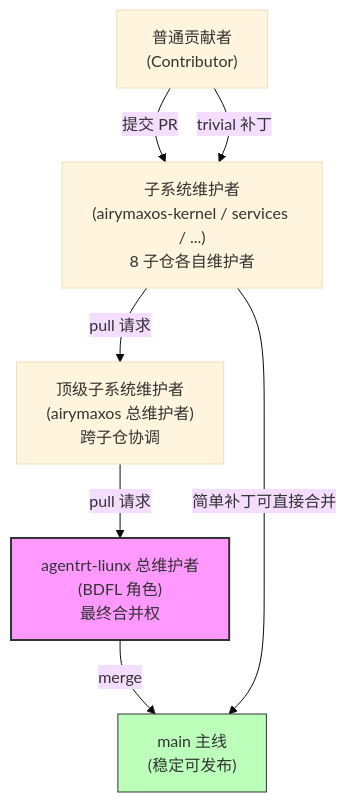
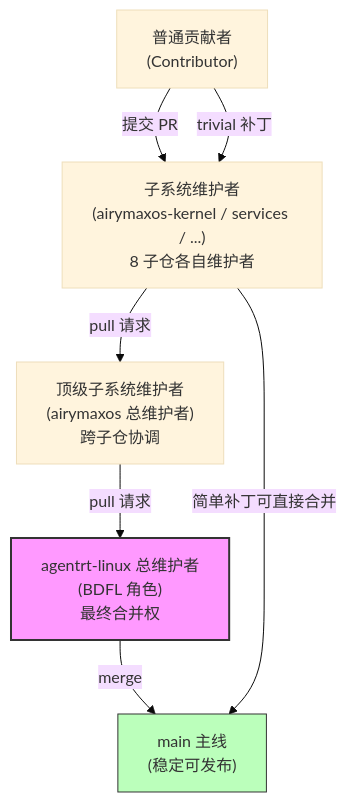
One commit to openairymax/docs-linux changed the diagram in 50-engineering-standards/07-maintainers-and-governance.md. Above: the diagram before and after it, drawn with Mermaid (base theme). The commit also changed other lines of this file and 125 other files, not shown here.

````diff
--- a/50-engineering-standards/07-maintainers-and-governance.md
+++ b/50-engineering-standards/07-maintainers-and-governance.md
@@ -131,11 +131,11 @@
 ```mermaid
 graph TD
     A["普通贡献者<br/>(Contributor)"] -->|提交 PR| B["子系统维护者<br/>(airymaxos-kernel / services / ...)<br/>8 子仓各自维护者"]
     B -->|pull 请求| C["顶级子系统维护者<br/>(airymaxos 总维护者)<br/>跨子仓协调"]
-    C -->|pull 请求| D["agentrt-liunx 总维护者<br/>(BDFL 角色)<br/>最终合并权"]
+    C -->|pull 请求| D["agentrt-linux 总维护者<br/>(BDFL 角色)<br/>最终合并权"]
     D -->|merge| E["main 主线<br/>(稳定可发布)"]
     B -->|简单补丁可直接合并| E
     A -->| trivial 补丁| B
     style D fill:#f9f,stroke:#333,stroke-width:2px
     style E fill:#bfb,stroke:#333
 ```
````
